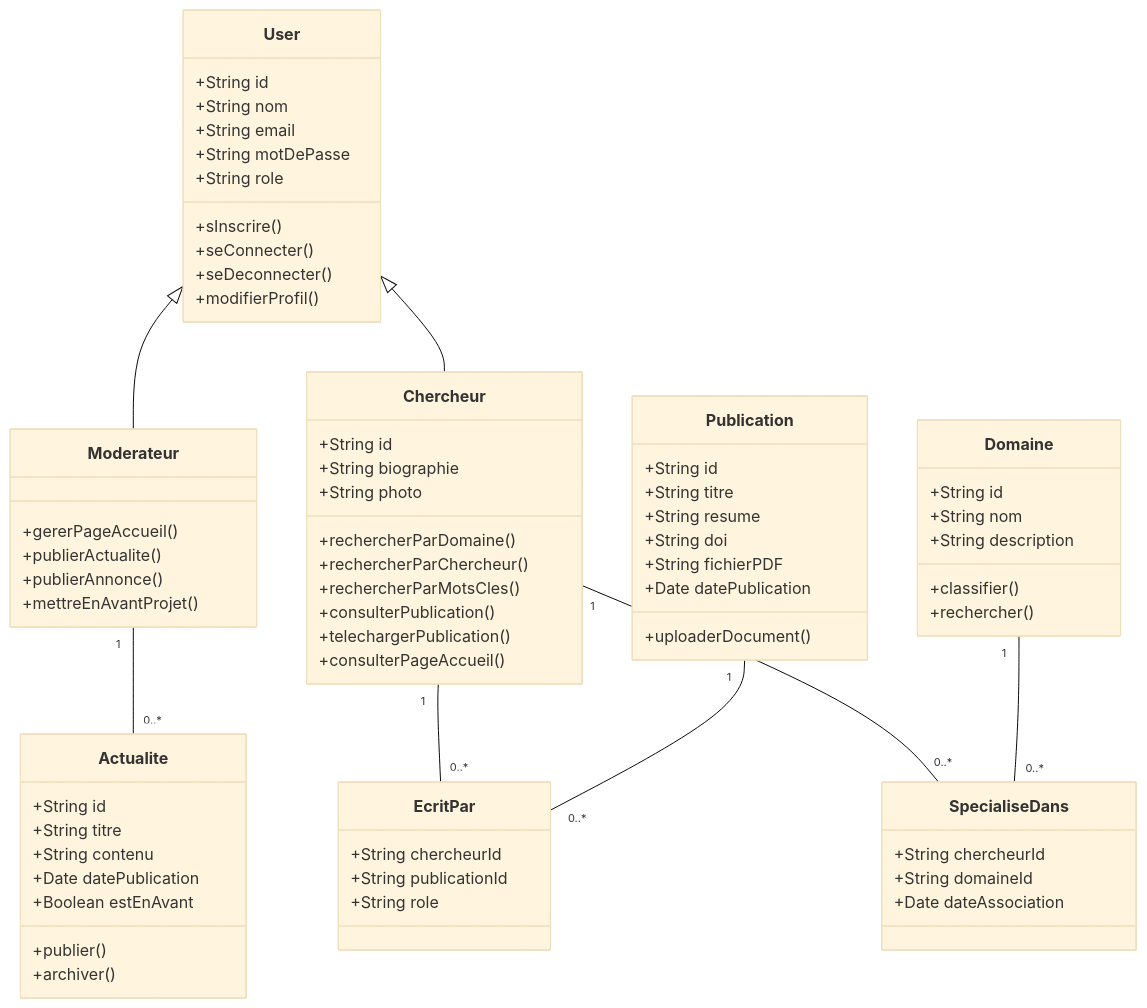
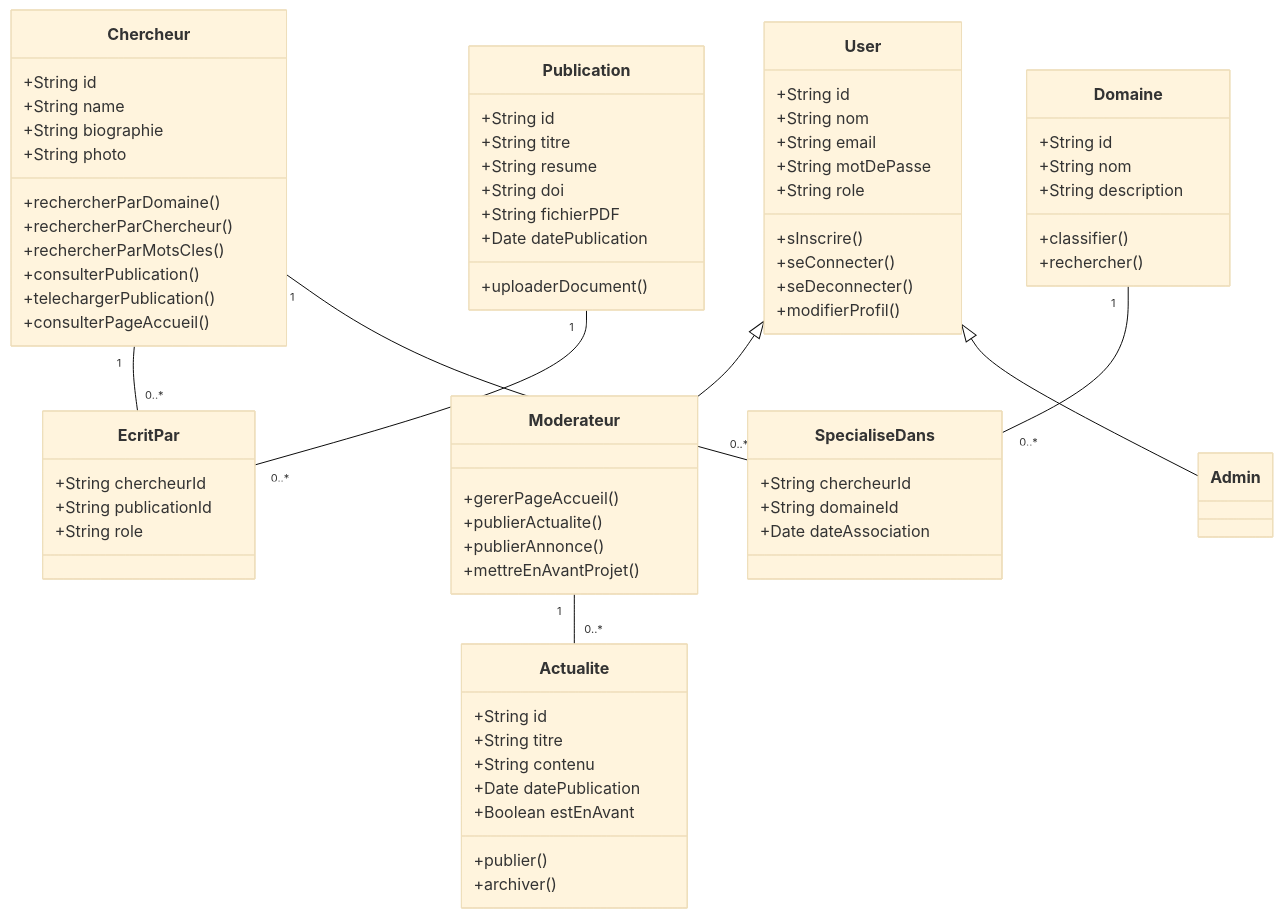
One commit to mmed-hajnasr/techcenter-backend changed the diagram in class_diagram.md. Above: the diagram before and after it, drawn with Mermaid (base theme). The commit also changed 14 other files, not shown here.

```diff
--- a/class_diagram.md
+++ b/class_diagram.md
@@ -22,6 +22,7 @@
 
     class Chercheur {
         +String id
+        +String name
         +String biographie
         +String photo
         +rechercherParDomaine()
@@ -73,7 +74,7 @@
     }
 
     User <|-- Moderateur
-    User <|-- Chercheur
+    User <|-- Admin
 
     Moderateur "1" -- "0..*" Actualite 
 
```
